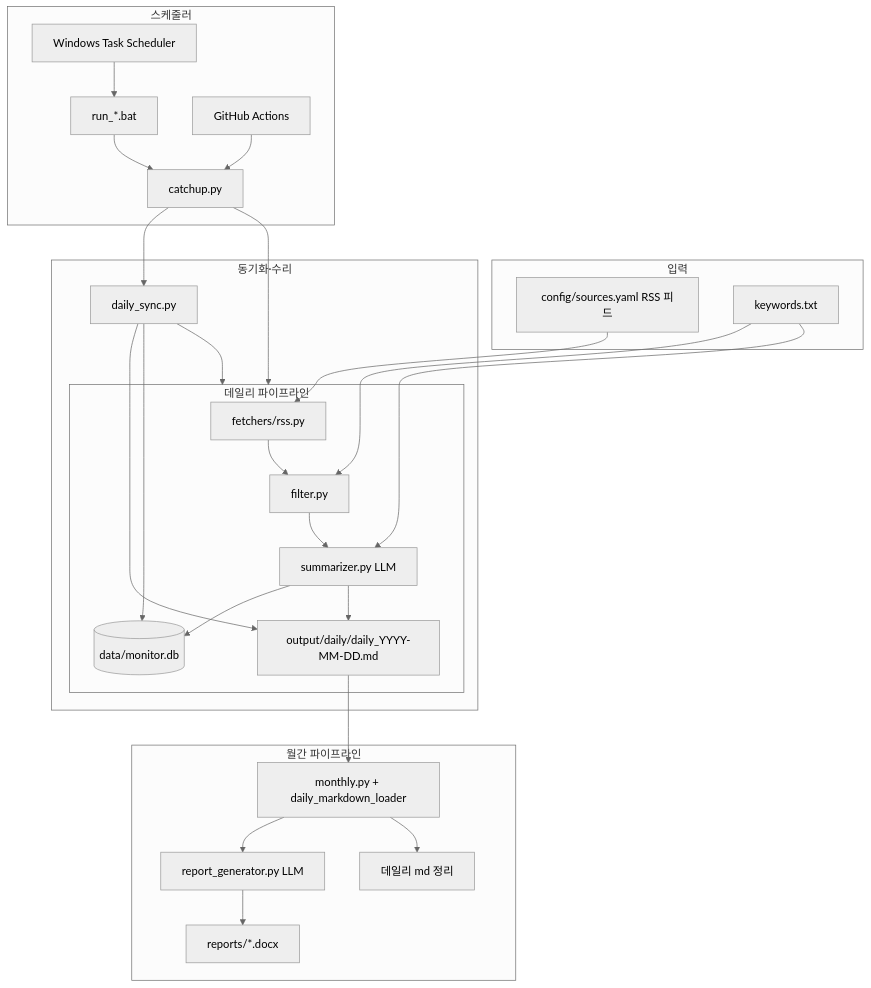
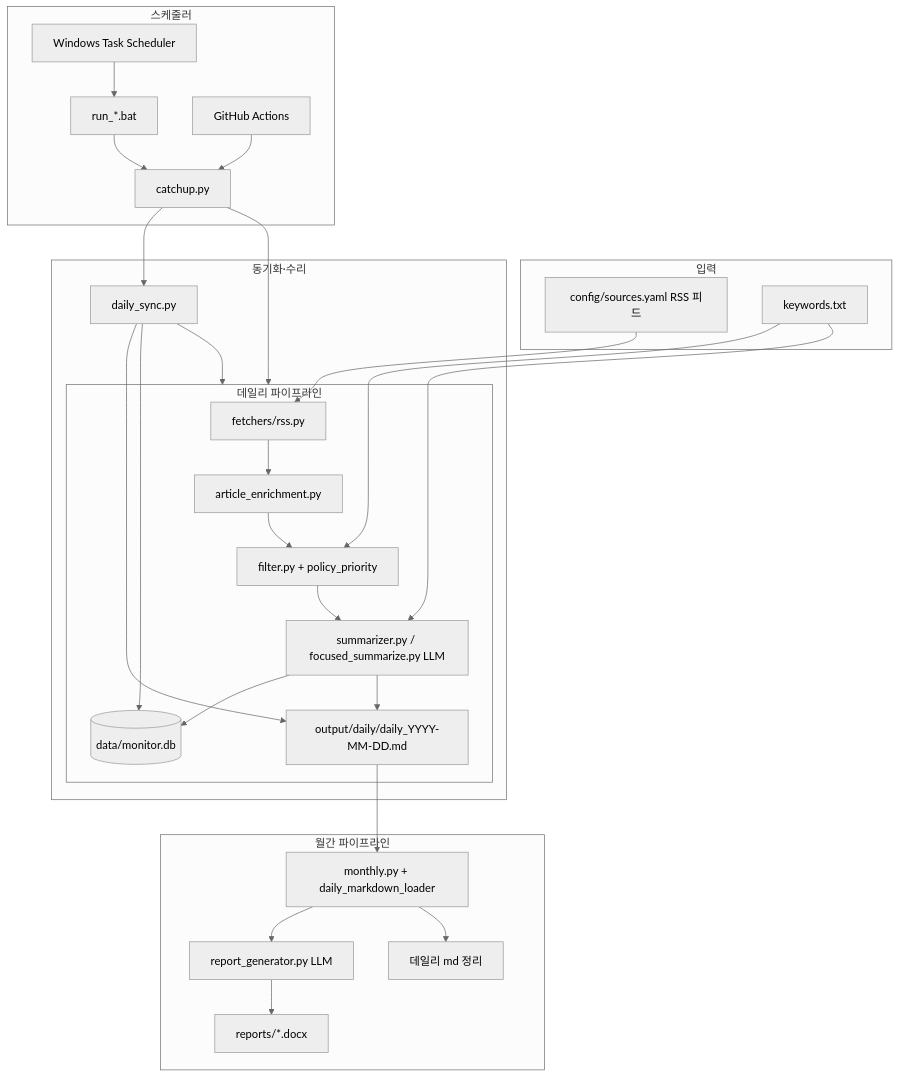
Before and after one commit to fraunhoferrokorea/techmarketmonitor: the diagram in README.md, drawn with Mermaid (neutral theme). The commit also changed other lines of this file and 44 other files, not shown here.

````diff
--- a/README.md
+++ b/README.md
@@ -48,39 +49,40 @@
 ```mermaid
 flowchart TD
     subgraph input [입력]
         RSS[config/sources.yaml RSS 피드]
         KW[keywords.txt]
     end
 
     subgraph daily [데일리 파이프라인]
-        F[fetchers/rss.py] --> FL[filter.py]
-        FL --> S[summarizer.py LLM]
+        F[fetchers/rss.py] --> EN[article_enrichment.py]
+        EN --> FL[filter.py + policy_priority]
+        FL --> S[summarizer.py / focused_summarize.py LLM]
         S --> DB[(data/monitor.db)]
         S --> MD[output/daily/daily_YYYY-MM-DD.md]
     end
 
     subgraph monthly [월간 파이프라인]
         MD --> M[monthly.py + daily_markdown_loader]
         M --> RG[report_generator.py LLM]
         RG --> DOC[reports/*.docx]
         M --> DEL[데일리 md 정리]
     end
 
     subgraph sync [동기화·수리]
         DS[daily_sync.py] --> daily
         DS --> MD
         DS --> DB
     end
 
     subgraph schedule [스케줄러]
         C[catchup.py] --> DS
         C --> daily
         WIN[Windows Task Scheduler] --> BAT[run_*.bat]
         BAT --> C
         GHA[GitHub Actions] --> C
     end
 
     RSS --> F
     KW --> FL
     KW --> S
 ```
````
